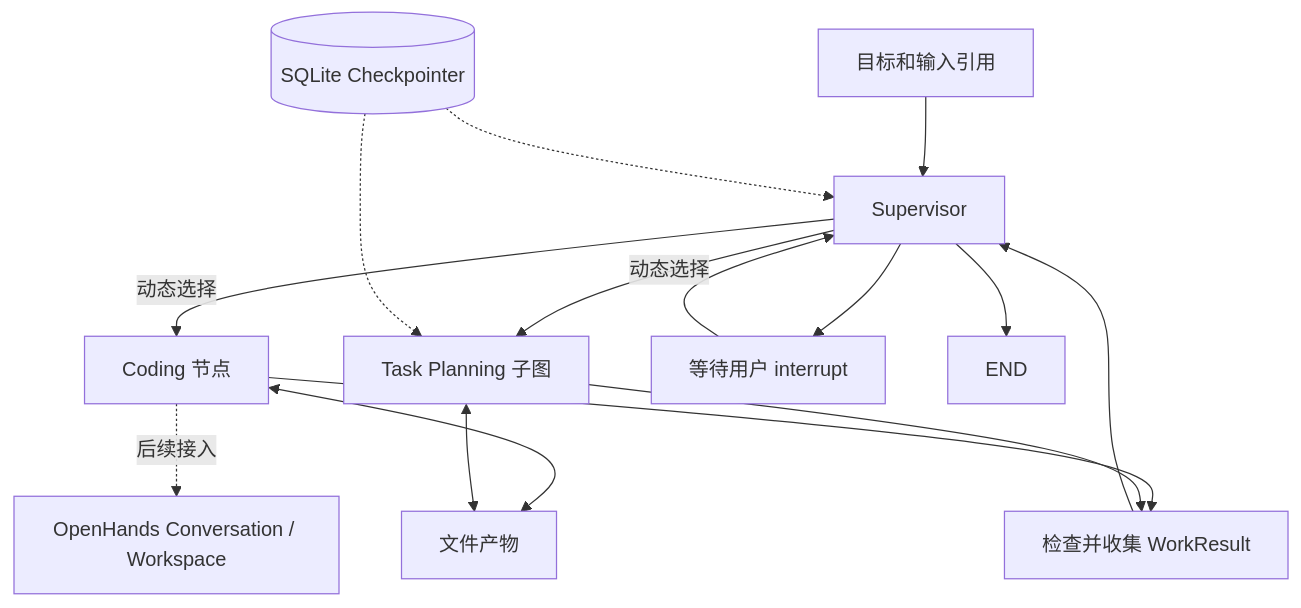
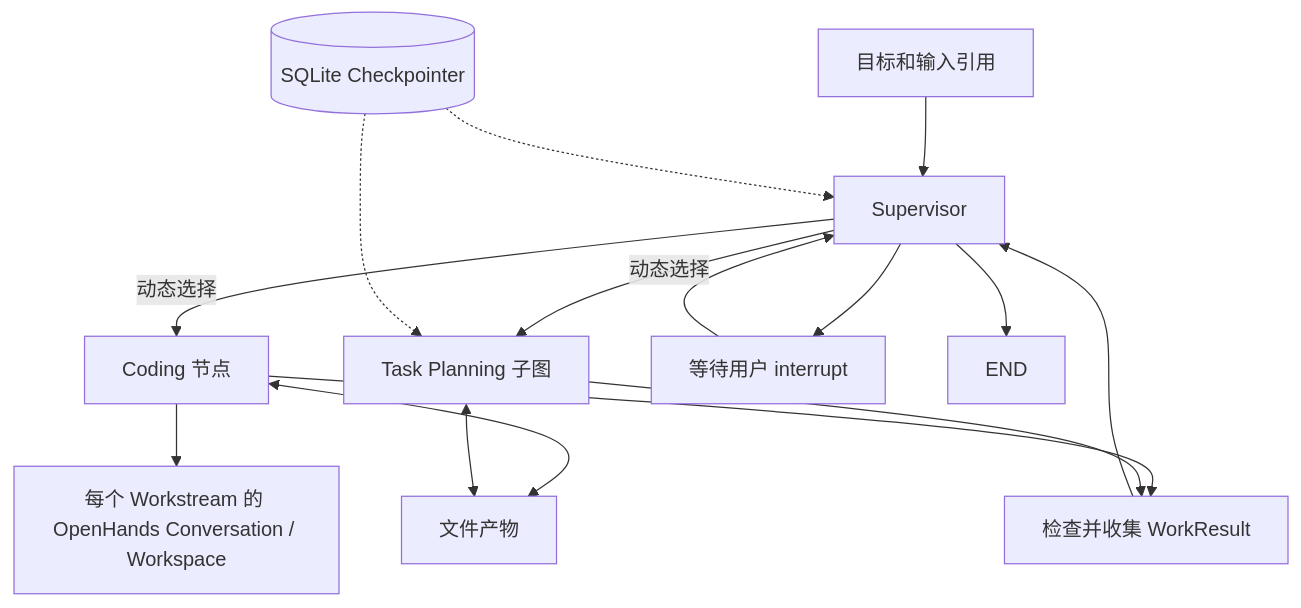
One commit to fly233338/MedBenchAgent changed the diagram in docs/ARCHITECTURE.md. Above: the diagram before and after it, drawn with Mermaid. The commit also changed other lines of this file and 2 other files, not shown here.

Commit message:
docs: define workstream-based Coding integration

````diff
--- a/docs/ARCHITECTURE.md
+++ b/docs/ARCHITECTURE.md
@@ -20,17 +20,17 @@
 ```mermaid
 flowchart TD
     U[目标和输入引用] --> S[Supervisor]
     S -->|动态选择| C[Coding 节点]
     S -->|动态选择| P[Task Planning 子图]
     C --> R[检查并收集 WorkResult]
     P --> R
     R --> S
     S --> H[等待用户 interrupt]
     H --> S
     S --> E[END]
     C <--> A[文件产物]
     P <--> A
-    C -. 后续接入 .-> O[OpenHands Conversation / Workspace]
+    C --> O[每个 Workstream 的 OpenHands Conversation / Workspace]
     K[(SQLite Checkpointer)] -.-> S
     K -.-> P
 ```
````
